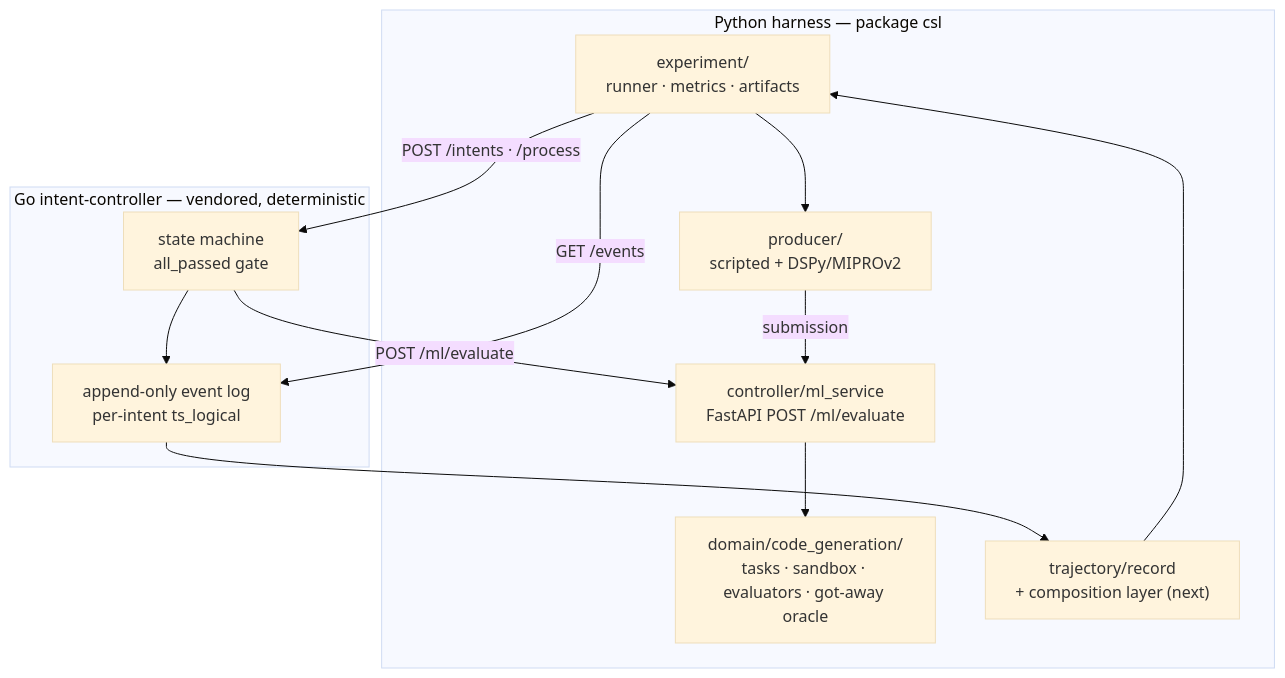
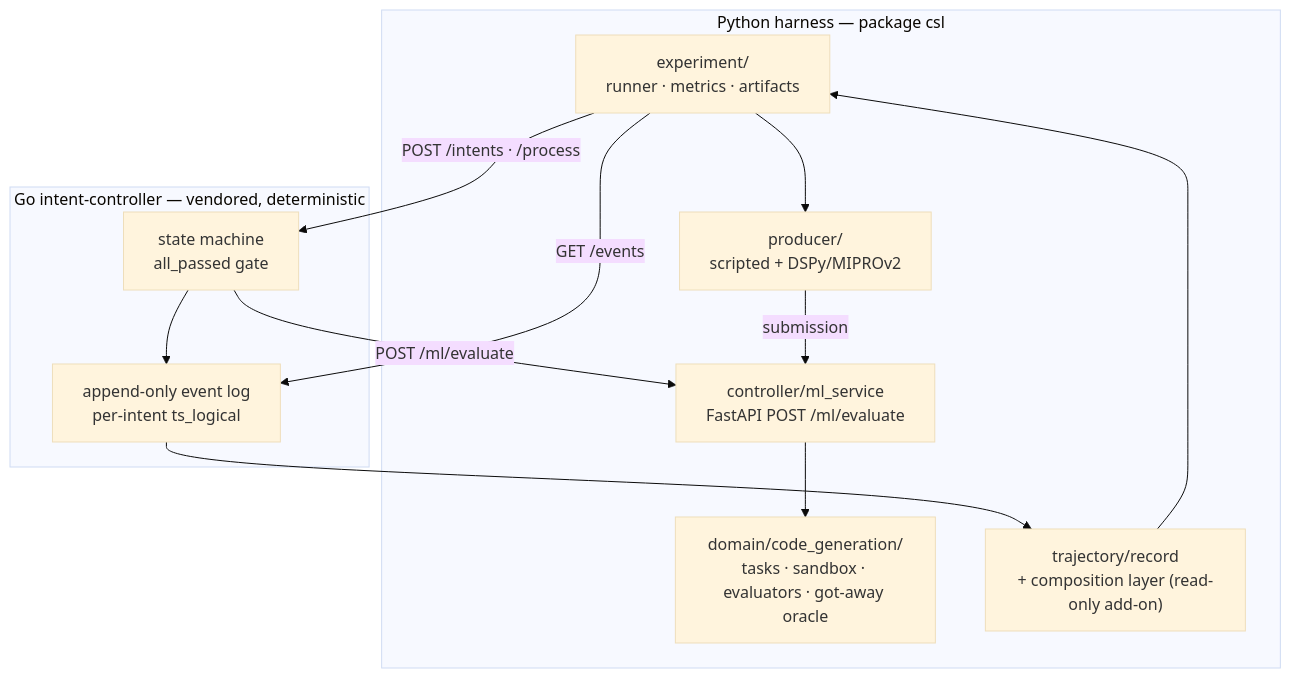
The third of 5 diagrams in README.md (hossainpazooki/correct-shaped-lies), drawn with Mermaid (base theme) before and after one commit. The commit also changed other lines of this file and 15 other files, not shown here.

First line of the commit message:
W8-11: composition layer, T2 controller-aware adversary, erosion test

````diff
--- a/README.md
+++ b/README.md
@@ -68,19 +68,19 @@
 ```mermaid
 flowchart TB
     subgraph PY["Python harness — package csl"]
         RUN["experiment/<br/>runner · metrics · artifacts"]
         PROD["producer/<br/>scripted + DSPy/MIPROv2"]
         DOM["domain/code_generation/<br/>tasks · sandbox · evaluators · got-away oracle"]
         MLS["controller/ml_service<br/>FastAPI POST /ml/evaluate"]
-        REC["trajectory/record<br/>+ composition layer (next)"]
+        REC["trajectory/record<br/>+ composition layer (read-only add-on)"]
     end
     subgraph GO["Go intent-controller — vendored, deterministic"]
         SM["state machine<br/>all_passed gate"]
         EV["append-only event log<br/>per-intent ts_logical"]
     end
     RUN --> PROD -->|submission| MLS
     RUN -->|POST /intents · /process| SM
     SM -->|POST /ml/evaluate| MLS --> DOM
     SM --> EV
     RUN -->|GET /events| EV --> REC --> RUN
 ```
````
